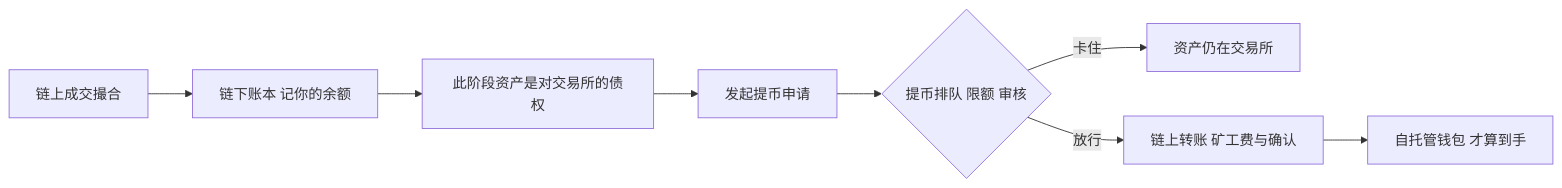
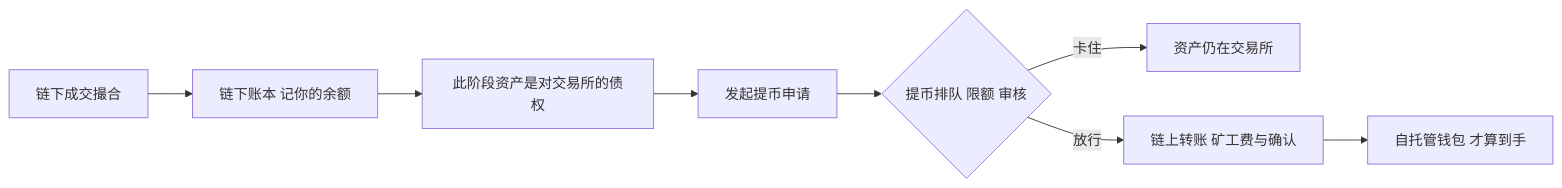
One commit to xhongduo-tech/xhongduo-tech.github.io changed the second of 2 diagrams in docs/quant/gm-crypto-regime.md. Above: the diagram before and after it, drawn with Mermaid. The commit also changed other lines of this file and 4 other files, not shown here.

````diff
--- a/docs/quant/gm-crypto-regime.md
+++ b/docs/quant/gm-crypto-regime.md
@@ -45,10 +45,10 @@
 ```mermaid
 flowchart LR
-  Trade["链上成交撮合"] --> Ledger["链下账本 记你的余额"]
+  Trade["链下成交撮合"] --> Ledger["链下账本 记你的余额"]
   Ledger --> IOU["此阶段资产是对交易所的债权"]
   IOU --> REQ["发起提币申请"]
   REQ --> Queue{"提币排队 限额 审核"}
   Queue -- "卡住" --> Stuck["资产仍在交易所"]
   Queue -- "放行" --> Chain["链上转账 矿工费与确认"]
   Chain --> Wallet["自托管钱包 才算到手"]
 ```
````
